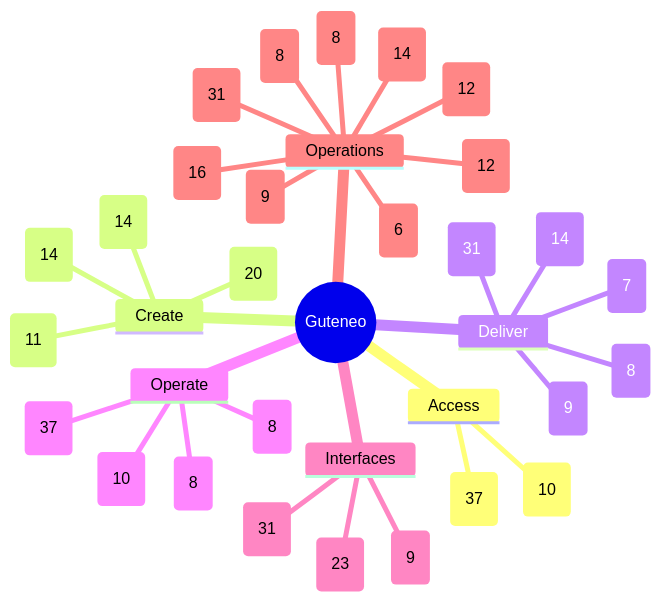
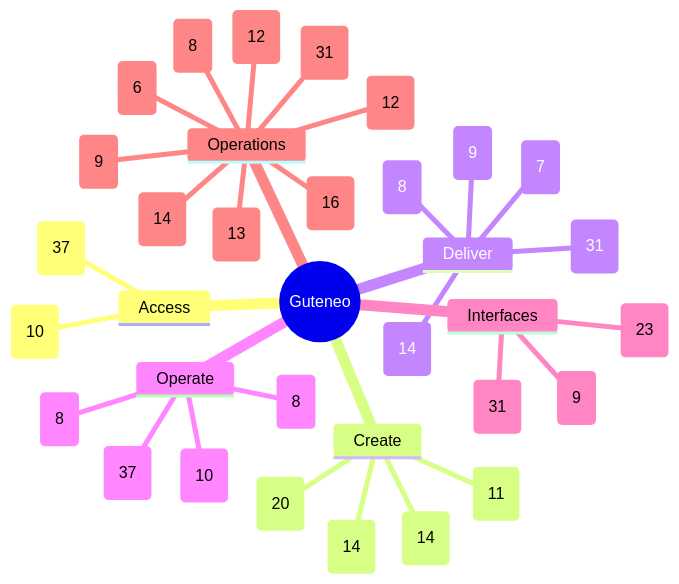
One commit to nclsppr/guteneo changed the diagram in docs/FEATURE_MAP.md. Above: the diagram before and after it, drawn with Mermaid. The commit also changed other lines of this file and 42 other files, not shown here.

````diff
--- a/docs/FEATURE_MAP.md
+++ b/docs/FEATURE_MAP.md
@@ -13,37 +13,37 @@
 ```mermaid
 mindmap
   root((Guteneo))
     Access
       Access and identity (37)
       Team and responsibilities (10)
     Create
       Documents and protection (20)
       Template studio (14)
       Data and mappings (11)
       PDF generation and distribution (14)
     Deliver
       Fax (9)
       Postal mail (8)
       Email and protected links (14)
       Sensitive distribution and personal documents (31)
       Dispatch dry run (7)
     Operate
       Campaigns and tracking (8)
       Credits and billing (8)
       Workspace layout and browser appearance (37)
       PDF verification (10)
     Interfaces
       Assistants and API (31)
       iPhone and iPad (9)
       Public pages, languages and appearance (23)
     Operations
       Reviewer OAuth qualification (9)
       Operations and reliability (31)
       Belvédère platform oversight (14)
       Public service status (16)
       Engineering documentation (12)
       Codex Cloud development (8)
       Continuous reviewer preparation (6)
-      Automatic fax tariff maintenance (8)
+      Automatic fax tariff maintenance (13)
       Consumed provider freshness and J-1 alerts (12)
 ```
````
